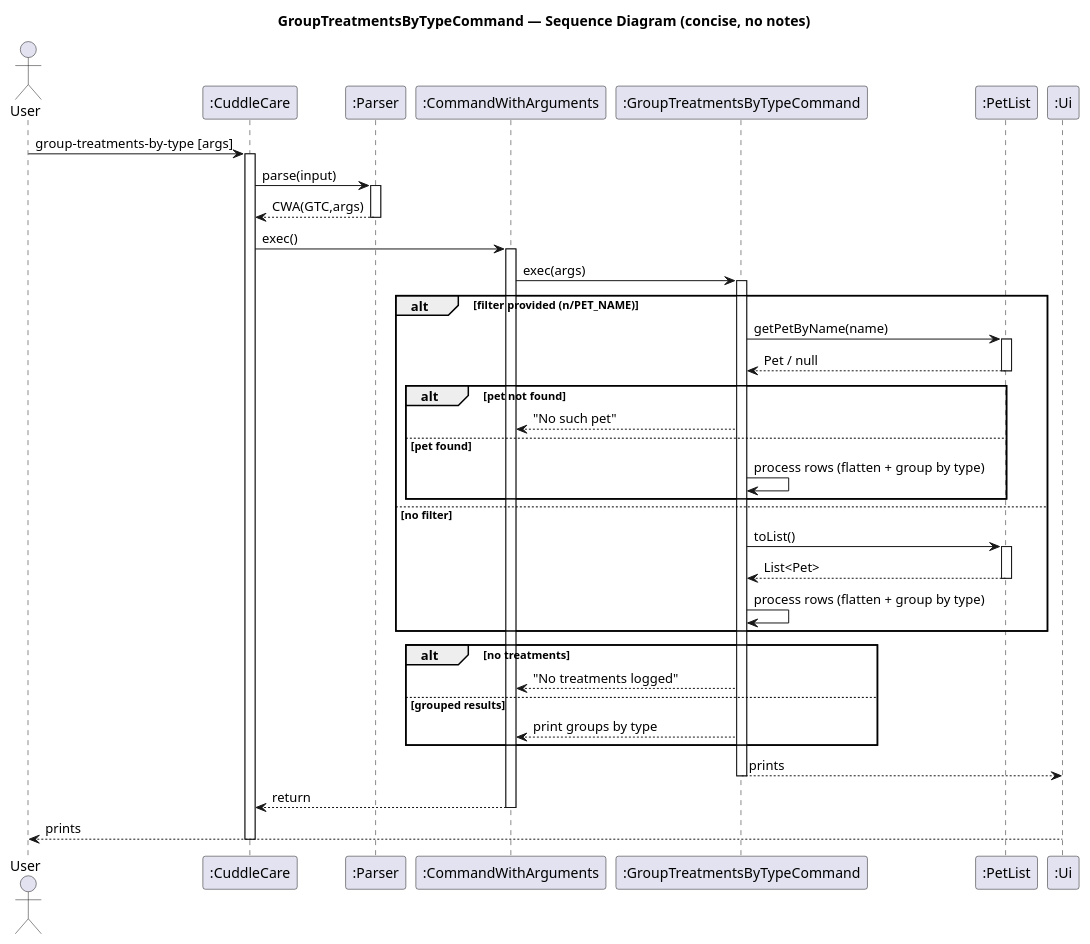
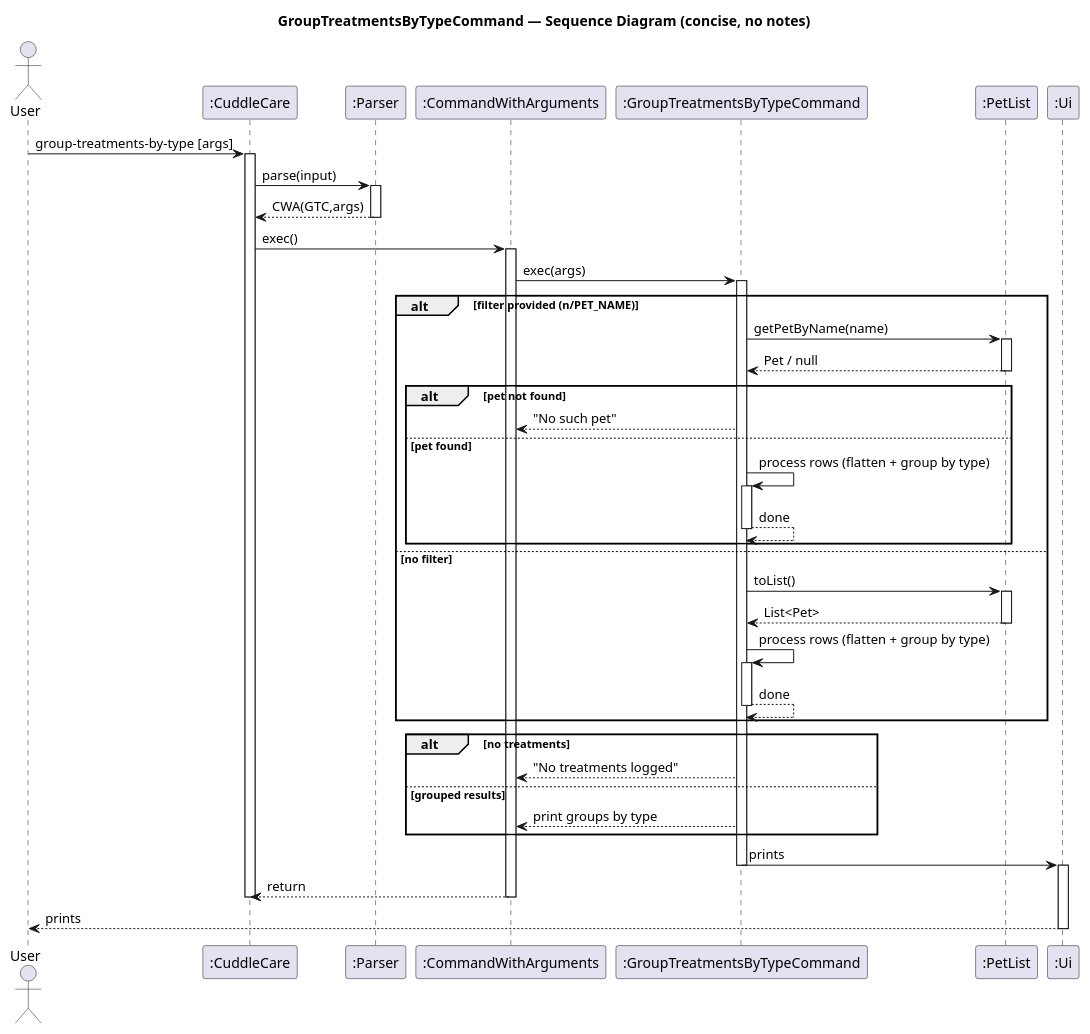
Before and after one commit to Kevin88866/tp: the diagram in docs/uml/GroupTreatmentsByTypeCommand_Sequence_Diagram.puml, drawn with PlantUML. The commit also changed 20 other files, not shown here.

```diff
--- a/docs/uml/GroupTreatmentsByTypeCommand_Sequence_Diagram.puml
+++ b/docs/uml/GroupTreatmentsByTypeCommand_Sequence_Diagram.puml
@@ -1,53 +1,60 @@
 @startuml
 title GroupTreatmentsByTypeCommand — Sequence Diagram (concise, no notes)
 actor User
 participant ":CuddleCare" as CuddleCare
 participant ":Parser" as Parser
 participant ":CommandWithArguments" as CWA
 participant ":GroupTreatmentsByTypeCommand" as GTC
 participant ":PetList" as PetList
 participant ":Ui" as Ui
 
 User -> CuddleCare : group-treatments-by-type [args]
 activate CuddleCare
 CuddleCare -> Parser : parse(input)
 activate Parser
 Parser --> CuddleCare : CWA(GTC,args)
 deactivate Parser
 
 CuddleCare -> CWA : exec()
 activate CWA
 CWA -> GTC : exec(args)
 activate GTC
 
 alt filter provided (n/PET_NAME)
   GTC -> PetList : getPetByName(name)
   activate PetList
   PetList --> GTC : Pet / null
   deactivate PetList
   alt pet not found
     GTC --> CWA : "No such pet"
   else pet found
     GTC -> GTC : process rows (flatten + group by type)
+    activate GTC
+    GTC --> GTC : done
+    deactivate GTC
   end
 else no filter
   GTC -> PetList : toList()
   activate PetList
   PetList --> GTC : List<Pet>
   deactivate PetList
   GTC -> GTC : process rows (flatten + group by type)
+  activate GTC
+  GTC --> GTC : done
+  deactivate GTC
 end
 
 alt no treatments
   GTC --> CWA : "No treatments logged"
 else grouped results
   GTC --> CWA : print groups by type
 end
-
-  GTC --> Ui : prints
+GTC -> Ui : prints
 deactivate GTC
+activate Ui
 CWA --> CuddleCare : return
 deactivate CWA
+deactivate CuddleCare
 Ui --> User : prints
-deactivate CuddleCare
+deactivate Ui
 @enduml
```
